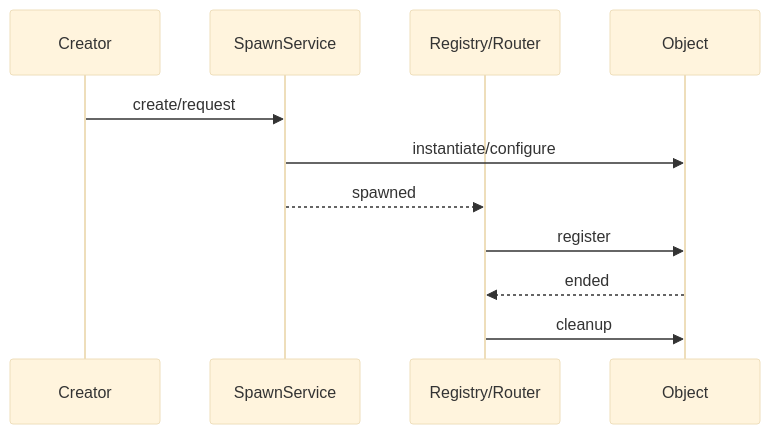
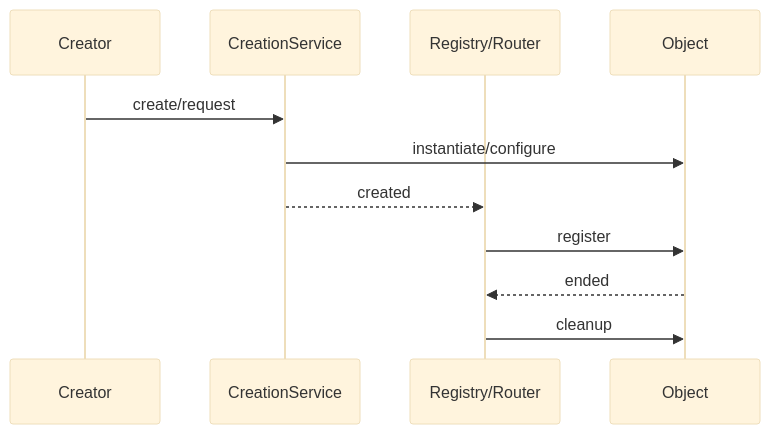
One commit to wenxpro/skills changed the second of 3 diagrams in design-stage/templates/design-diagrams.md. Above: the diagram before and after it, drawn with Mermaid (base theme). The commit also changed other lines of this file and 10 other files, not shown here.

````diff
--- a/design-stage/templates/design-diagrams.md
+++ b/design-stage/templates/design-diagrams.md
@@ -58,13 +58,13 @@
 ```mermaid
 sequenceDiagram
     participant C as Creator
-    participant S as SpawnService
+    participant S as CreationService
     participant R as Registry/Router
     participant O as Object
     C->>S: create/request
     S->>O: instantiate/configure
-    S-->>R: spawned
+    S-->>R: created
     R->>O: register
     O-->>R: ended
     R->>O: cleanup
 ```
````
